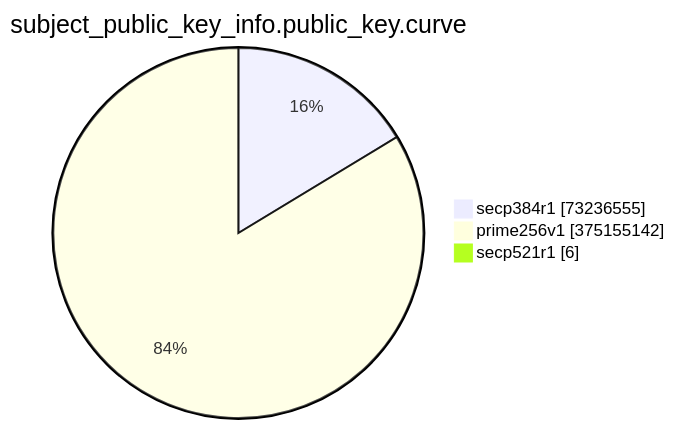
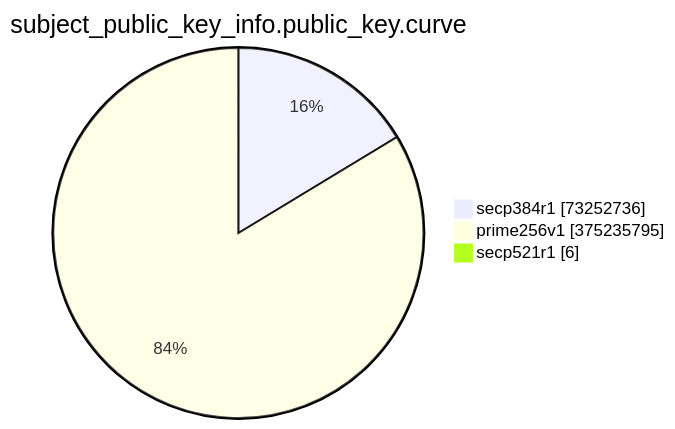
The eighth of 15 diagrams in TOTAL/README.md (christiankrug/ctmonitor_visualization), drawn with Mermaid before and after one commit. The commit also changed other lines of this file, not shown here.

````diff
--- a/TOTAL/README.md
+++ b/TOTAL/README.md
@@ -3092,7 +3092,7 @@
 ```mermaid
 pie showData
 title subject_public_key_info.public_key.curve
-"secp384r1" :73236555
-"prime256v1" :375155142
+"secp384r1" :73252736
+"prime256v1" :375235795
 "secp521r1" :6
 ```
````
